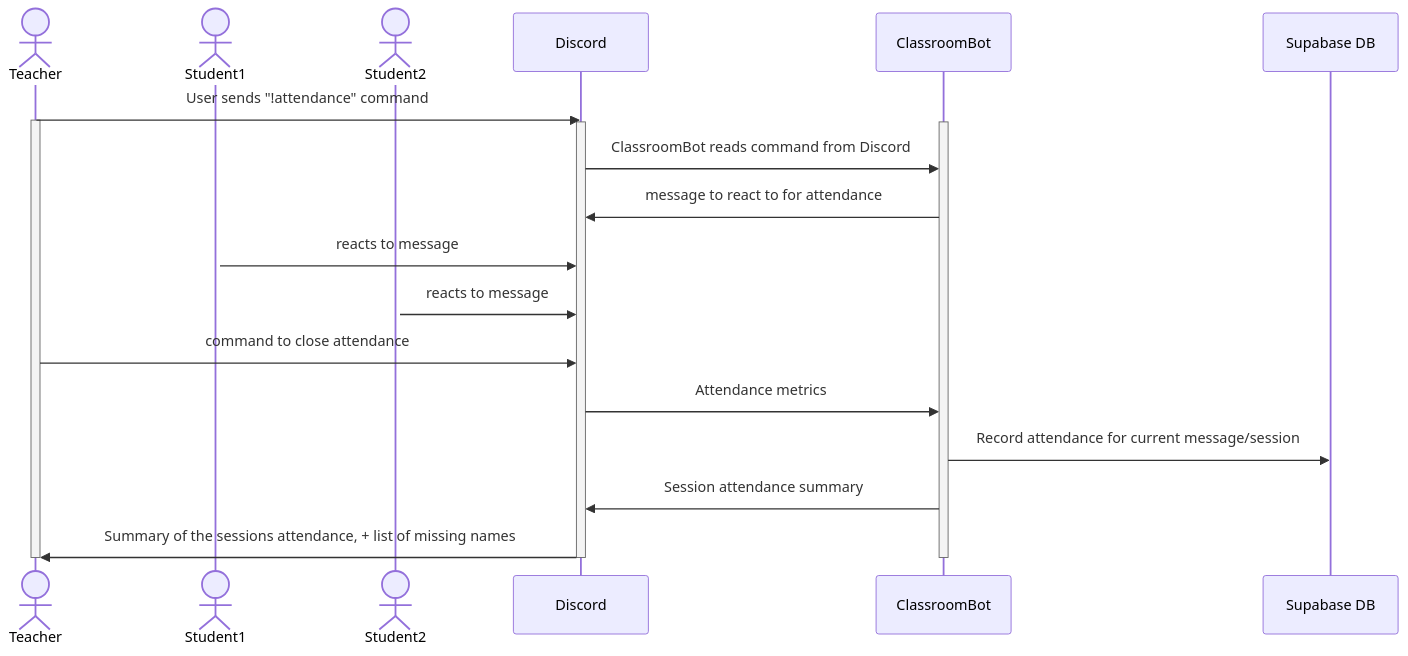
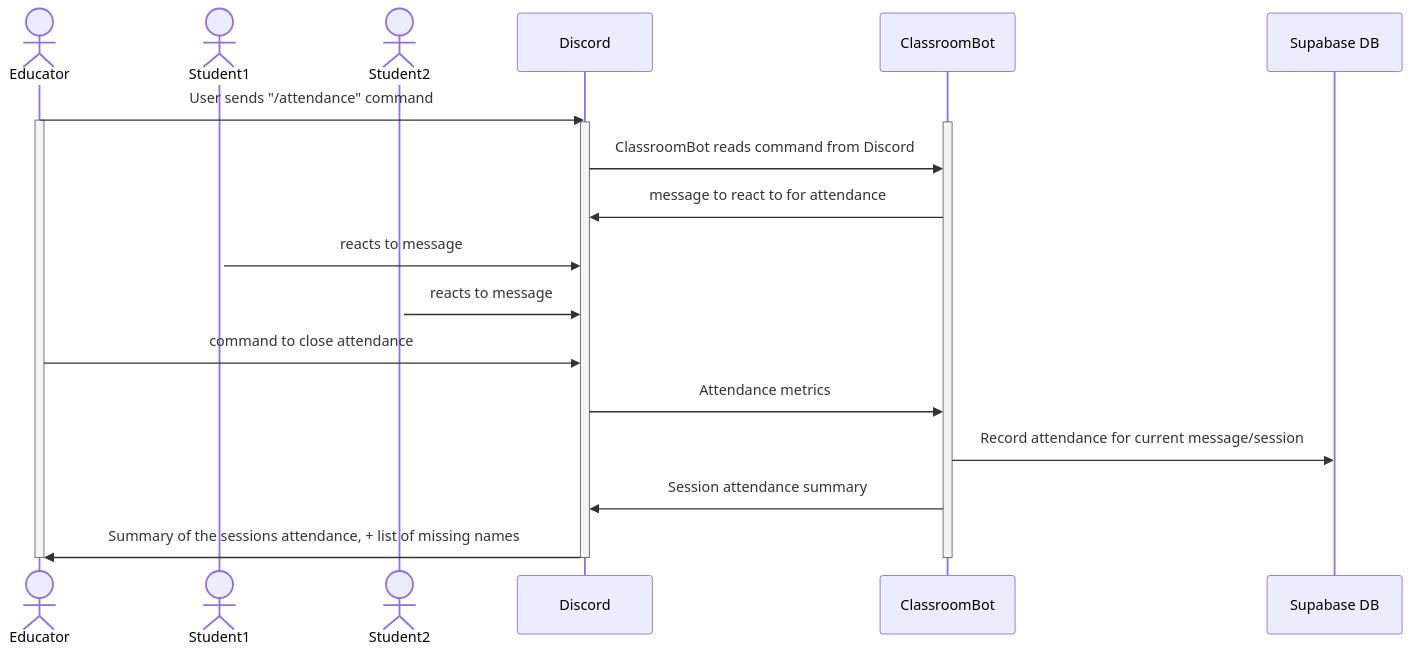
The third of 8 diagrams in documentation/docs/system-architecture/design.md (Capstone-Projects-2023-Spring/project-discord-classroom), drawn with Mermaid before and after one commit. The commit also changed other lines of this file and 7 other files, not shown here.

````diff
--- a/documentation/docs/system-architecture/design.md
+++ b/documentation/docs/system-architecture/design.md
@@ -236,28 +236,28 @@
 ```mermaid
 sequenceDiagram
-    actor Teacher
+    actor Educator
     actor Student1
     actor Student2
     participant Discord
     participant ClassroomBot
     participant Supabase DB
-    Teacher->>Discord: User sends "!attendance" command
-    activate Teacher
+    Educator->>Discord: User sends "/attendance" command
+    activate Educator
     activate Discord
     activate Student1
     activate Student2
     activate ClassroomBot
 
     Discord->>ClassroomBot: ClassroomBot reads command from Discord
     ClassroomBot->>Discord: message to react to for attendance
     Student1->>Discord: reacts to message
     Student2->>Discord: reacts to message
-    Teacher->>Discord: command to close attendance
+    Educator->>Discord: command to close attendance
     Discord->>ClassroomBot: Attendance metrics
     ClassroomBot ->> Supabase DB: Record attendance for current message/session
     ClassroomBot ->> Discord: Session attendance summary
-    Discord->> Teacher: Summary of the sessions attendance, + list of missing names
+    Discord->> Educator: Summary of the sessions attendance, + list of missing names
     deactivate Discord
-    deactivate Teacher
+    deactivate Educator
     deactivate ClassroomBot
 ```
````
